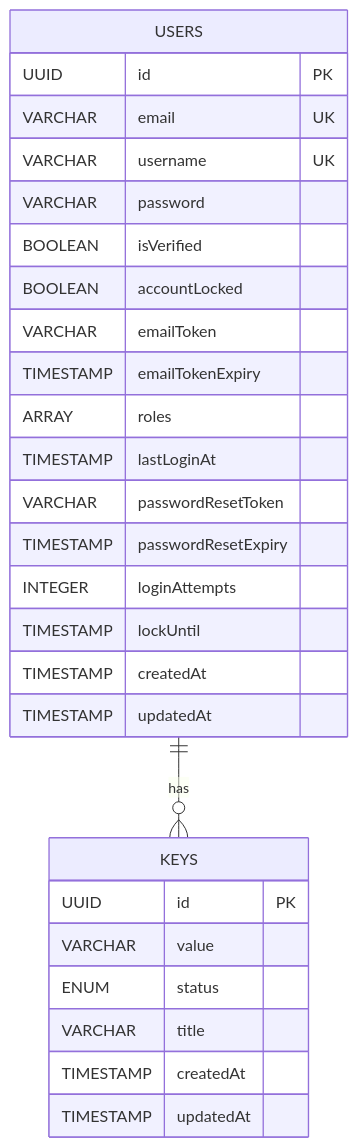
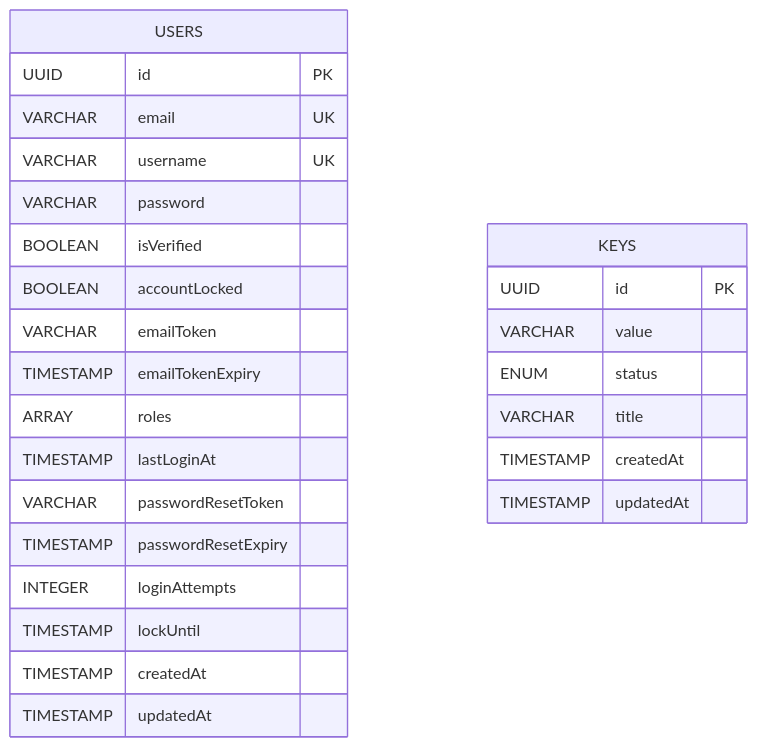
One commit to NamPhAm-Work423/Metro-backend changed the fourth of 4 diagrams in auth-service/README.md. Above: the diagram before and after it, drawn with Mermaid. The commit also changed 27 other files, not shown here.

````diff
--- a/auth-service/README.md
+++ b/auth-service/README.md
@@ -384,31 +384,30 @@
 ```mermaid
 erDiagram
-  USERS ||--o{ KEYS : "has"
   USERS {
     UUID id PK
     VARCHAR email UK
     VARCHAR username UK
     VARCHAR password
     BOOLEAN isVerified
     BOOLEAN accountLocked
     VARCHAR emailToken
     TIMESTAMP emailTokenExpiry
     ARRAY roles
     TIMESTAMP lastLoginAt
     VARCHAR passwordResetToken
     TIMESTAMP passwordResetExpiry
     INTEGER loginAttempts
     TIMESTAMP lockUntil
     TIMESTAMP createdAt
     TIMESTAMP updatedAt
   }
   
   KEYS {
     UUID id PK
     VARCHAR value
     ENUM status
     VARCHAR title
     TIMESTAMP createdAt
     TIMESTAMP updatedAt
   }
 ```
````
